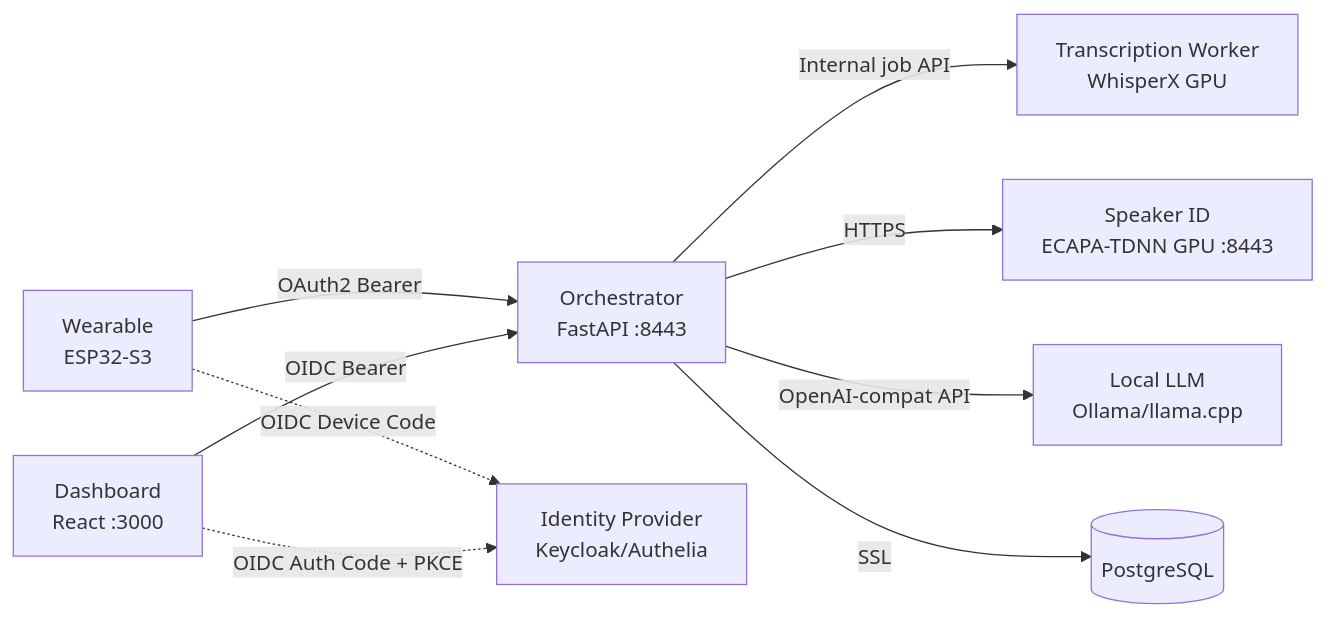
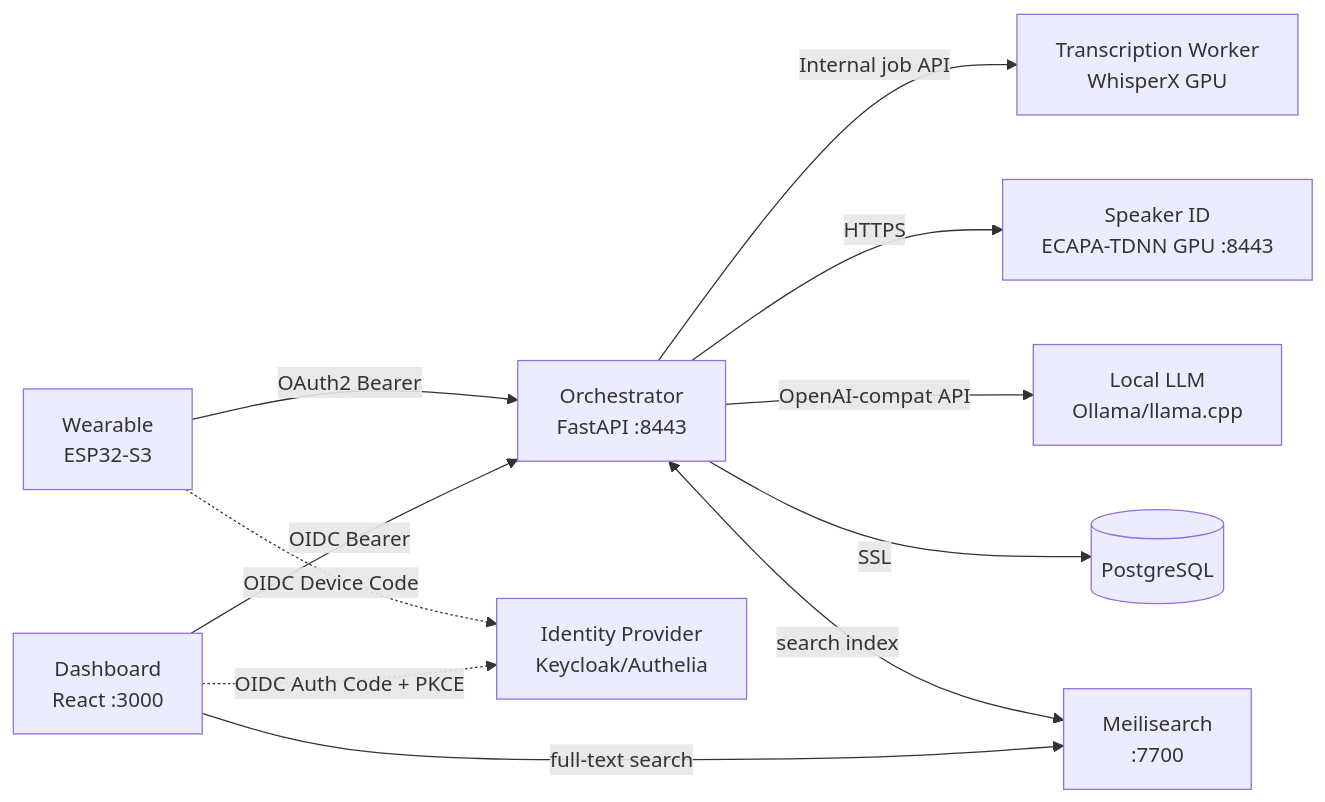
The diagram in README.md (dlgreenwald/lifelog), drawn with Mermaid before and after one commit. The commit also changed other lines of this file and 1 other file, not shown here.

````diff
--- a/README.md
+++ b/README.md
@@ -60,11 +60,13 @@
 ```mermaid
 graph LR
     ESP32[Wearable<br/>ESP32-S3] -->|OAuth2 Bearer| ORCH[Orchestrator<br/>FastAPI :8443]
     ESP32 -.->|OIDC Device Code| IDP[Identity Provider<br/>Keycloak/Authelia]
     ORCH -->|Internal job API| TRANS[Transcription Worker<br/>WhisperX GPU]
     ORCH -->|HTTPS| SPK[Speaker ID<br/>ECAPA-TDNN GPU :8443]
     ORCH -->|OpenAI-compat API| LLM[Local LLM<br/>Ollama/llama.cpp]
     ORCH -->|SSL| PG[(PostgreSQL)]
+    ORCH <-->|search index| MEILI[Meilisearch<br/>:7700]
     DASH[Dashboard<br/>React :3000] -->|OIDC Bearer| ORCH
+    DASH -->|full-text search| MEILI
     DASH -.->|OIDC Auth Code + PKCE| IDP
 ```
````
